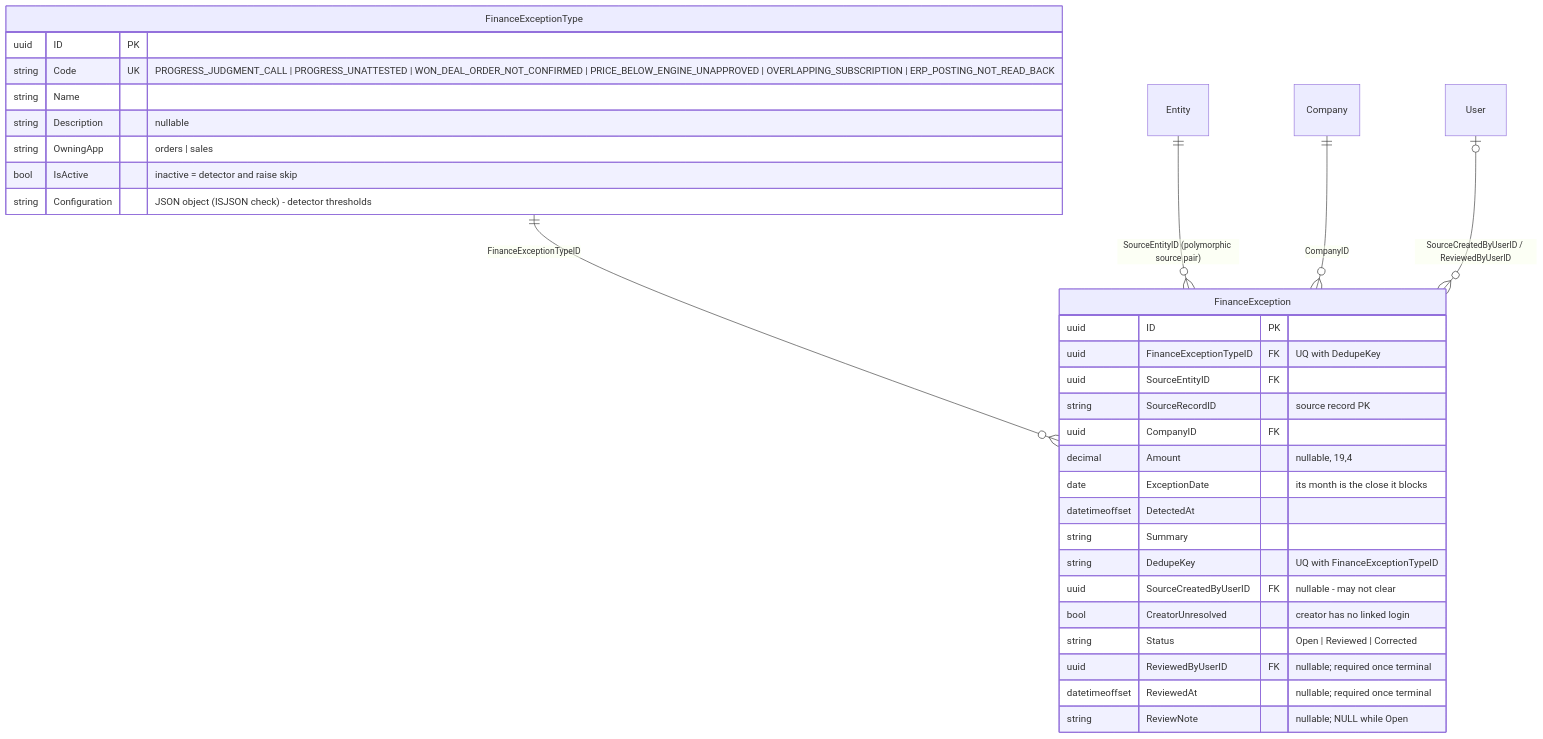
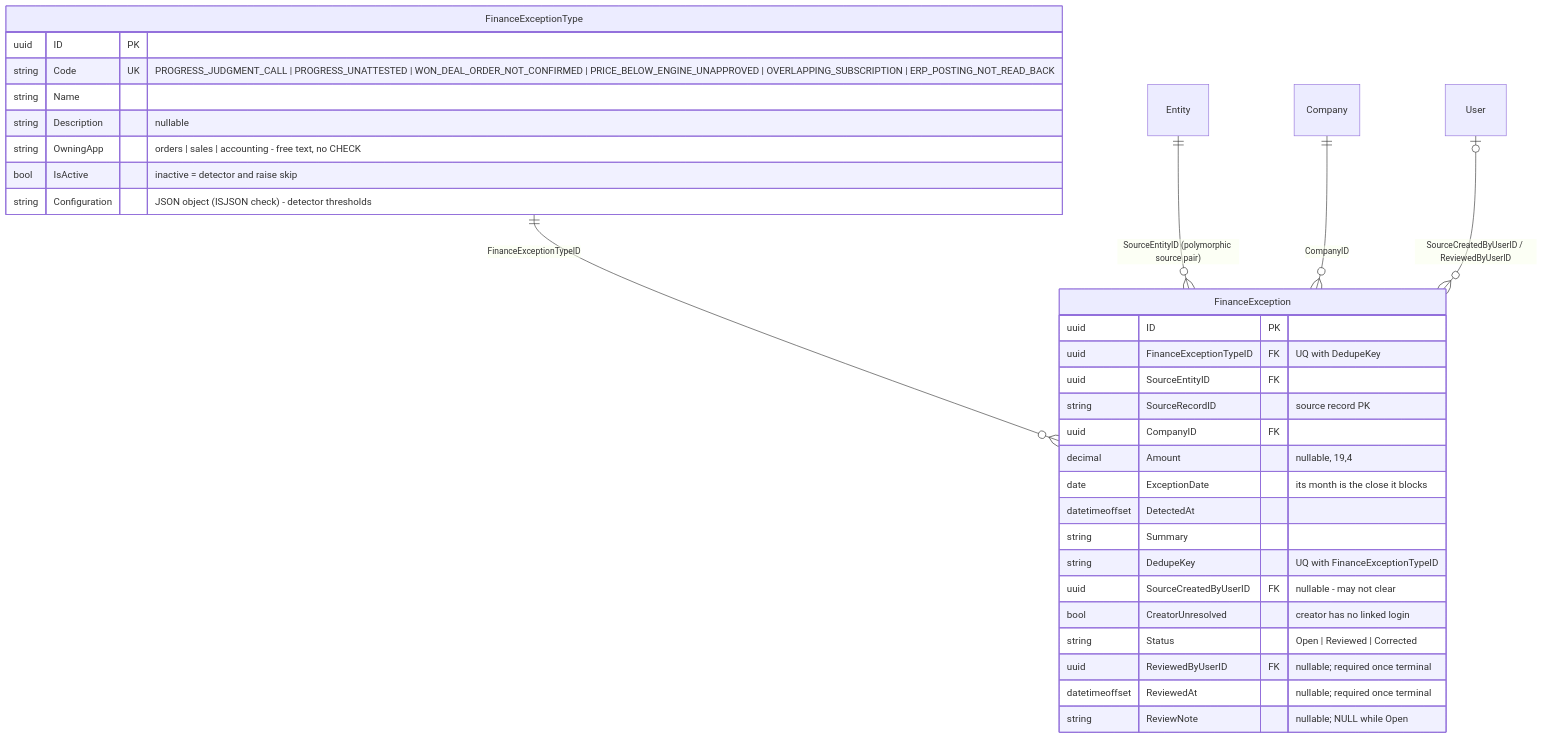
Before and after one commit to MemberJunction/bizapps-accounting: diagram 14 of 14 in docs/bizapps-accounting-erd.md, drawn with Mermaid. The commit also changed other lines of this file and 27 other files, not shown here.

````diff
--- a/docs/bizapps-accounting-erd.md
+++ b/docs/bizapps-accounting-erd.md
@@ -974,35 +1050,35 @@
 ```mermaid
 erDiagram
     FinanceExceptionType ||--o{ FinanceException : "FinanceExceptionTypeID"
     Entity ||--o{ FinanceException : "SourceEntityID (polymorphic source pair)"
     Company ||--o{ FinanceException : "CompanyID"
     User |o--o{ FinanceException : "SourceCreatedByUserID / ReviewedByUserID"
 
     FinanceExceptionType {
         uuid ID PK
         string Code UK "PROGRESS_JUDGMENT_CALL | PROGRESS_UNATTESTED | WON_DEAL_ORDER_NOT_CONFIRMED | PRICE_BELOW_ENGINE_UNAPPROVED | OVERLAPPING_SUBSCRIPTION | ERP_POSTING_NOT_READ_BACK"
         string Name
         string Description "nullable"
-        string OwningApp "orders | sales"
+        string OwningApp "orders | sales | accounting - free text, no CHECK"
         bool IsActive "inactive = detector and raise skip"
         string Configuration "JSON object (ISJSON check) - detector thresholds"
     }
     FinanceException {
         uuid ID PK
         uuid FinanceExceptionTypeID FK "UQ with DedupeKey"
         uuid SourceEntityID FK
         string SourceRecordID "source record PK"
         uuid CompanyID FK
         decimal Amount "nullable, 19,4"
         date ExceptionDate "its month is the close it blocks"
         datetimeoffset DetectedAt
         string Summary
         string DedupeKey "UQ with FinanceExceptionTypeID"
         uuid SourceCreatedByUserID FK "nullable - may not clear"
         bool CreatorUnresolved "creator has no linked login"
         string Status "Open | Reviewed | Corrected"
         uuid ReviewedByUserID FK "nullable; required once terminal"
         datetimeoffset ReviewedAt "nullable; required once terminal"
         string ReviewNote "nullable; NULL while Open"
     }
 ```
````
